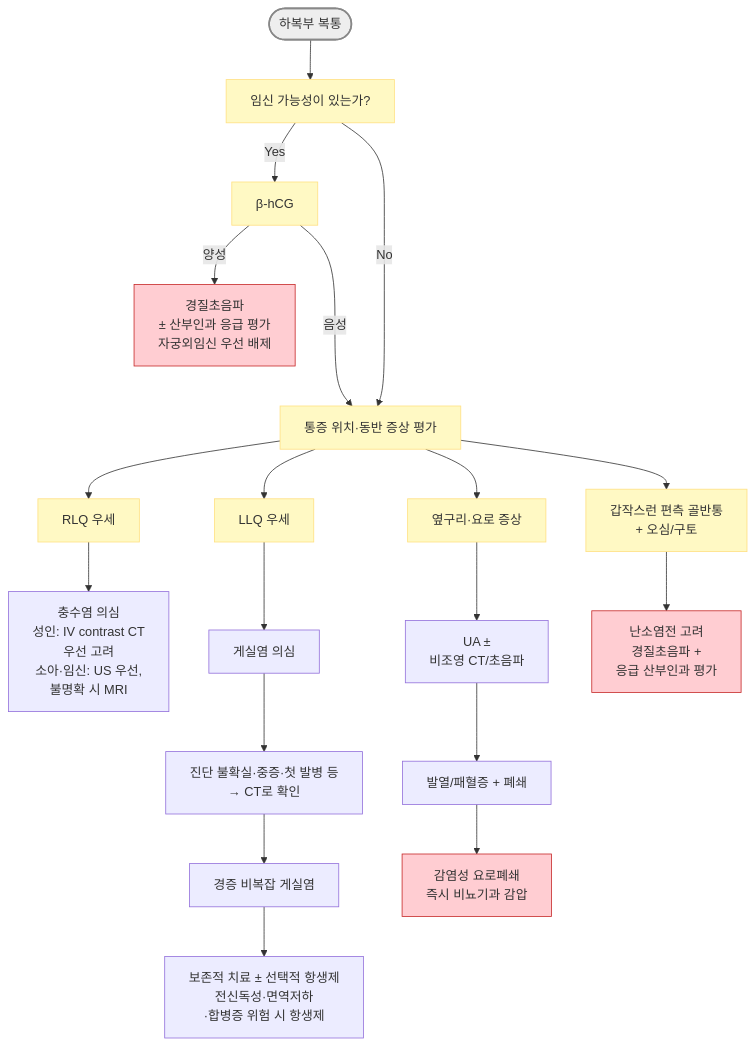
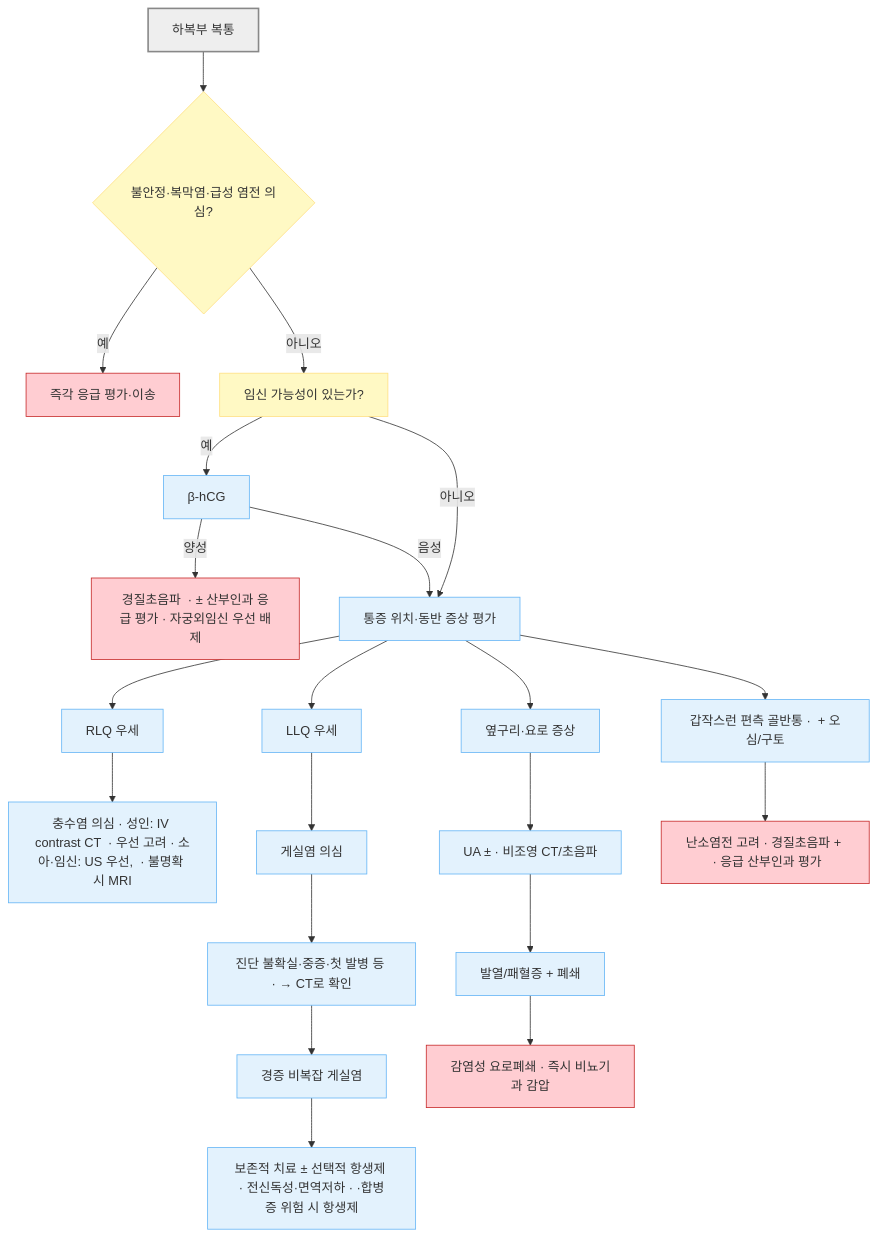
One commit to familyoh77/familyoh77 changed the second of 3 diagrams in 220_/003_-abdominal-pain.md. Above: the diagram before and after it, drawn with Mermaid. The commit also changed other lines of this file and 13 other files, not shown here.

````diff
--- a/220_/003_-abdominal-pain.md
+++ b/220_/003_-abdominal-pain.md
@@ -244,27 +250,31 @@
 ```mermaid
 flowchart TD
-    A([하복부 복통]) --> B["임신 가능성이 있는가?"]
-    B -- Yes --> C["β-hCG"]
-    C -- "양성" --> E["경질초음파 <br>± 산부인과 응급 평가<br>자궁외임신 우선 배제"]
-    C -- "음성" ---> G
-    B -- No ---> G["통증 위치·동반 증상 평가"]
+    A["하복부 복통"] --> U{"불안정·복막염·급성 염전 의심?"}
+    U -- "예" --> V["즉각 응급 평가·이송"]
+    U -- "아니오" --> B["임신 가능성이 있는가?"]
+    B -- "예" --> C["β-hCG"]
+    C -- "양성" --> E["`경질초음파  · ± 산부인과 응급 평가 · 자궁외임신 우선 배제`"]
+    C -- "음성" --> G
+    B -- "아니오" --> G["통증 위치·동반 증상 평가"]
 
     G --> H["RLQ 우세"]
-    H --> I["충수염 의심<br>성인: IV contrast CT <br>우선 고려<br>소아·임신: US 우선, <br>불명확 시 MRI"]
+    H --> I["`충수염 의심 · 성인: IV contrast CT  · 우선 고려 · 소아·임신: US 우선,  · 불명확 시 MRI`"]
     G --> J["LLQ 우세"]
     J --> K["게실염 의심"]
-    K --> L["진단 불확실·중증·첫 발병 등<br>→ CT로 확인"]
+    K --> L["진단 불확실·중증·첫 발병 등 · → CT로 확인"]
     L --> M["경증 비복잡 게실염"]
-    M --> N["보존적 치료 ± 선택적 항생제<br>전신독성·면역저하<br>·합병증 위험 시 항생제"]
+    M --> N["`보존적 치료 ± 선택적 항생제 · 전신독성·면역저하 · ·합병증 위험 시 항생제`"]
     G --> O["옆구리·요로 증상"]
-    O --> P["UA ± <br>비조영 CT/초음파"]
+    O --> P["UA ±  · 비조영 CT/초음파"]
     P --> Q["발열/패혈증 + 폐쇄"]
-    Q --> R["감염성 요로폐쇄<br>즉시 비뇨기과 감압"]
-    G --> S["갑작스런 편측 골반통<br> + 오심/구토"]
-    S --> T["난소염전 고려<br>경질초음파 + <br>응급 산부인과 평가"]
+    Q --> R["감염성 요로폐쇄 · 즉시 비뇨기과 감압"]
+    G --> S["갑작스런 편측 골반통 ·  + 오심/구토"]
+    S --> T["`난소염전 고려 · 경질초음파 +  · 응급 산부인과 평가`"]
     classDef red fill:#ffcdd2,stroke:#c62828
-    class E,R,T red
+    class E,R,T,V red
     classDef yellow fill:#fff9c4,stroke:#ffe082
-    class B,G,H,J,O,S,C yellow
+    class B,U yellow
+    classDef treatment fill:#e3f2fd,stroke:#64b5f6
+    class C,G,H,I,J,K,L,M,N,O,P,Q,S treatment
     style A fill:#eeeeee,stroke:#888888,stroke-width:2px
 ```
````
